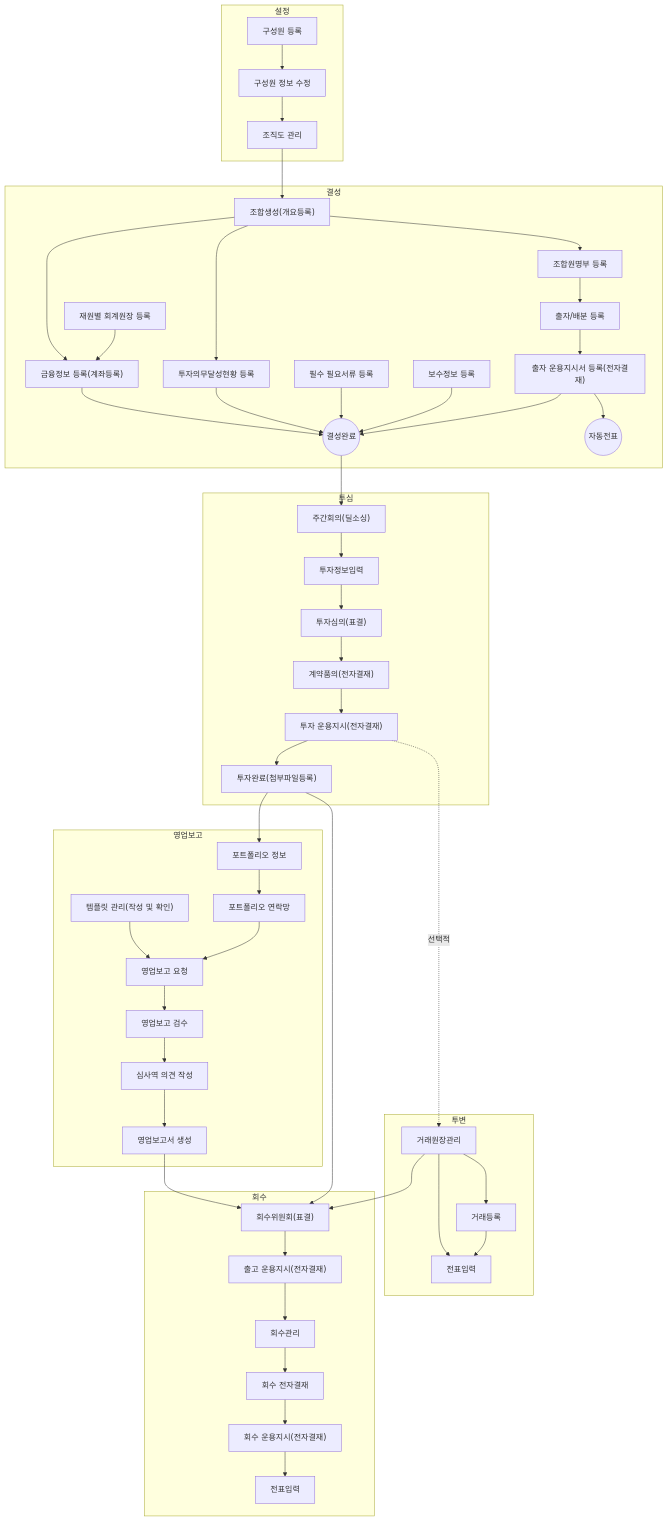
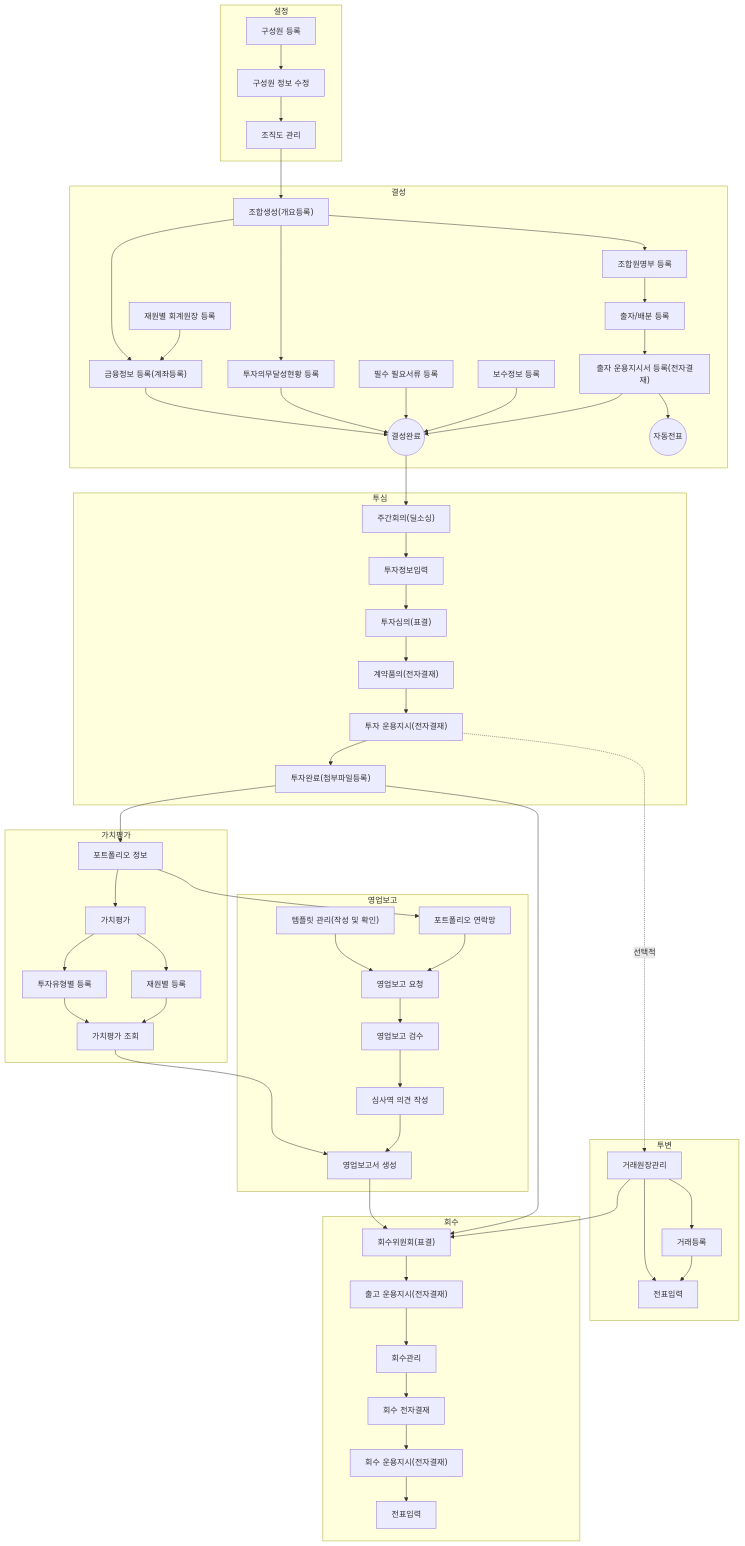
The diagram in _tabs/core.md (cotes2020/jekyll-theme-chirpy), drawn with Mermaid before and after one commit. The commit also changed 4 other files, not shown here.

```diff
--- a/_tabs/core.md
+++ b/_tabs/core.md
@@ -75,6 +75,21 @@
 
     end
 
+    subgraph 가치평가["가치평가"]
+        pm0100["포트폴리오 정보"]
+        pm0300["가치평가"]
+        pm0301["투자유형별 등록"]
+        pm0302["재원별 등록"]
+        pm0303["가치평가 조회"]
+        
+        vs0009 --> pm0100
+        pm0100 --> pm0300
+        pm0300 --> pm0301
+        pm0300 --> pm0302
+        pm0301 --> pm0303
+        pm0302 --> pm0303       
+    end
+
     subgraph 영업보고["영업보고"]
         pm0100["포트폴리오 정보"]
         br0001["템플릿 관리(작성 및 확인)"]
@@ -84,8 +99,7 @@
         br0009["심사역 의견 작성"]
         br0011["영업보고서 생성"]
 
-
-        vs0009 --> pm0100
+        pm0303 --> br0011
         pm0100 --> br0012
         br0001 --> br0004
         br0012 --> br0004
@@ -165,6 +179,10 @@
 click br0007 "{% post_url 2024-08-25-br0007 %}" " "
 click br0009 "{% post_url 2024-08-26-br0009 %}" " "
 click br0011 "{% post_url 2024-08-27-br0011 %}" " "
+click pm0300 "{% post_url 2024-09-01-pm0300 %}" " "
+click pm0301 "{% post_url 2024-09-02-pm0301 %}" " "
+click pm0302 "{% post_url 2024-09-03-pm0302 %}" " "
+click pm0303 "{% post_url 2024-09-04-pm0303 %}" " "
 
 %%style fd0001 fill:#e6ffe6,stroke:#66cc66,stroke-width:2px,rx:10,ry:10,color:#333333,fontColor:#333333
 
```
